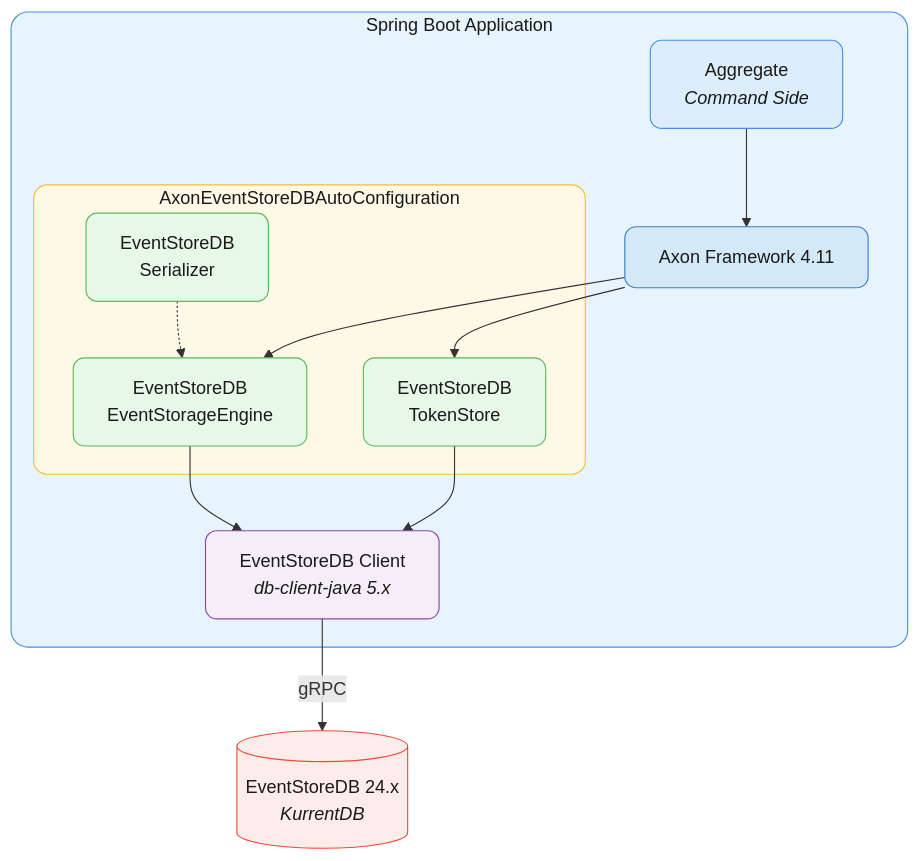
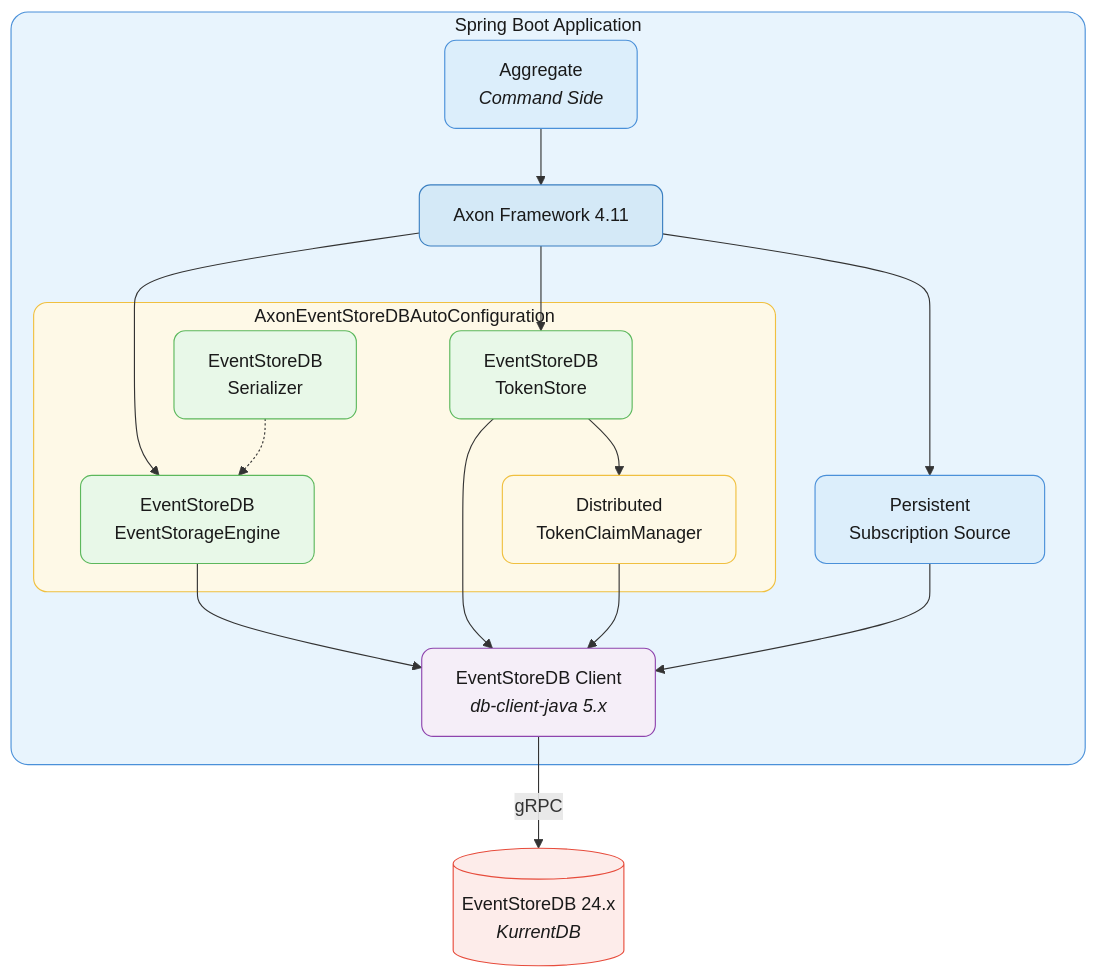
Before and after one commit to bsakweson/axon-eventstoredb: the first of 6 diagrams in README.md, drawn with Mermaid. The commit also changed other lines of this file and 18 other files, not shown here.

First line of the commit message:
feat: add Phase 3 — persistent subscriptions, distributed token claims

````diff
--- a/README.md
+++ b/README.md
@@ -115,39 +119,49 @@
 ```mermaid
 graph TD
     subgraph app["Spring Boot Application"]
         style app fill:#e8f4fd,stroke:#4a90d9,rx:15,ry:15,color:#1a1a1a
 
         agg["Aggregate<br/><i>Command Side</i>"]
         style agg fill:#dceefb,stroke:#4a90d9,rx:10,ry:10,color:#1a1a1a
 
         axon["Axon Framework 4.11"]
         style axon fill:#d4e9f7,stroke:#3a7fc1,rx:10,ry:10,color:#1a1a1a
 
         subgraph autoconfig["AxonEventStoreDBAutoConfiguration"]
             style autoconfig fill:#fef9e7,stroke:#f0c040,rx:12,ry:12,color:#1a1a1a
 
             engine["EventStoreDB<br/>EventStorageEngine"]
             style engine fill:#e8f8e8,stroke:#5cb85c,rx:10,ry:10,color:#1a1a1a
 
             tokenstore["EventStoreDB<br/>TokenStore"]
             style tokenstore fill:#e8f8e8,stroke:#5cb85c,rx:10,ry:10,color:#1a1a1a
 
             serializer["EventStoreDB<br/>Serializer"]
             style serializer fill:#e8f8e8,stroke:#5cb85c,rx:10,ry:10,color:#1a1a1a
+
+            claimutil["Distributed<br/>TokenClaimManager"]
+            style claimutil fill:#fef9e7,stroke:#f0c040,rx:10,ry:10,color:#1a1a1a
         end
+
+        persub["Persistent<br/>Subscription Source"]
+        style persub fill:#dceefb,stroke:#4a90d9,rx:10,ry:10,color:#1a1a1a
 
         client["EventStoreDB Client<br/><i>db-client-java 5.x</i>"]
         style client fill:#f5eef8,stroke:#8e44ad,rx:10,ry:10,color:#1a1a1a
     end
 
     esdb[("EventStoreDB 24.x<br/><i>KurrentDB</i>")]
     style esdb fill:#fdecea,stroke:#e74c3c,rx:10,ry:10,color:#1a1a1a
 
     agg --> axon
     axon --> engine
     axon --> tokenstore
+    axon --> persub
     engine --> client
     tokenstore --> client
+    tokenstore --> claimutil
+    claimutil --> client
+    persub --> client
     serializer -.-> engine
     client -- "gRPC" --> esdb
 ```
````
